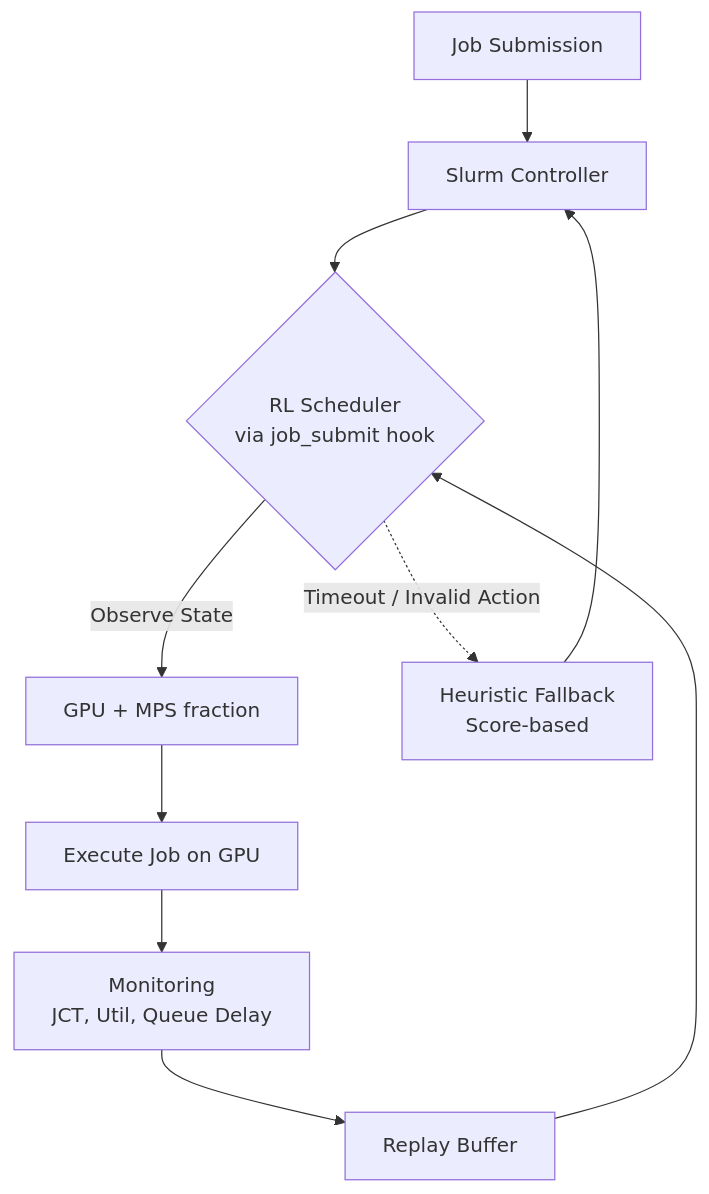
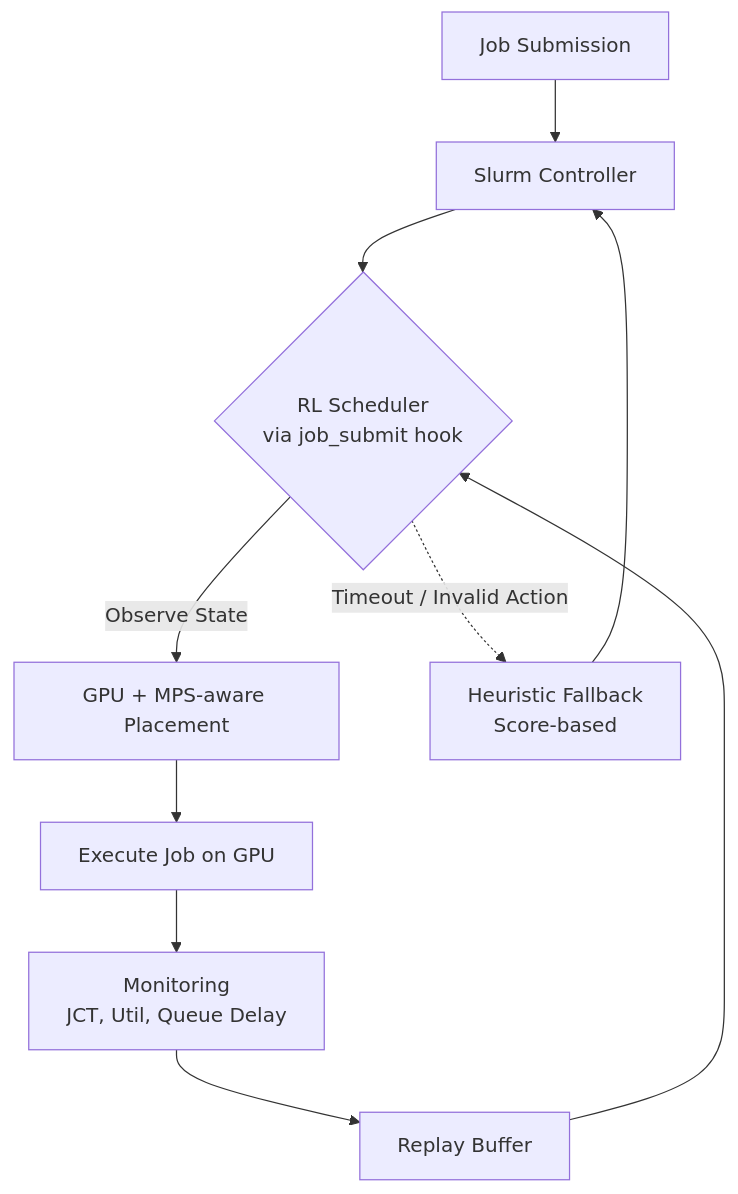
One commit to SoWiEee/Kelpflux changed the diagram in docs/paper.md. Above: the diagram before and after it, drawn with Mermaid. The commit also changed other lines of this file, not shown here.

````diff
--- a/docs/paper.md
+++ b/docs/paper.md
@@ -130,12 +138,12 @@
 ```mermaid
 flowchart TD
     A[Job Submission] --> B[Slurm Controller]
     B --> C{RL Scheduler<br/>via job_submit hook}
-    C -->|Observe State| D[GPU + MPS fraction]
+    C -->|Observe State| D[GPU + MPS-aware Placement]
     D --> E[Execute Job on GPU]
     E --> F[Monitoring<br/>JCT, Util, Queue Delay]
     F --> G[Replay Buffer]
     G --> C
     C -.->|Timeout / Invalid Action| H[Heuristic Fallback<br/>Score-based]
     H --> B
 ```
````
